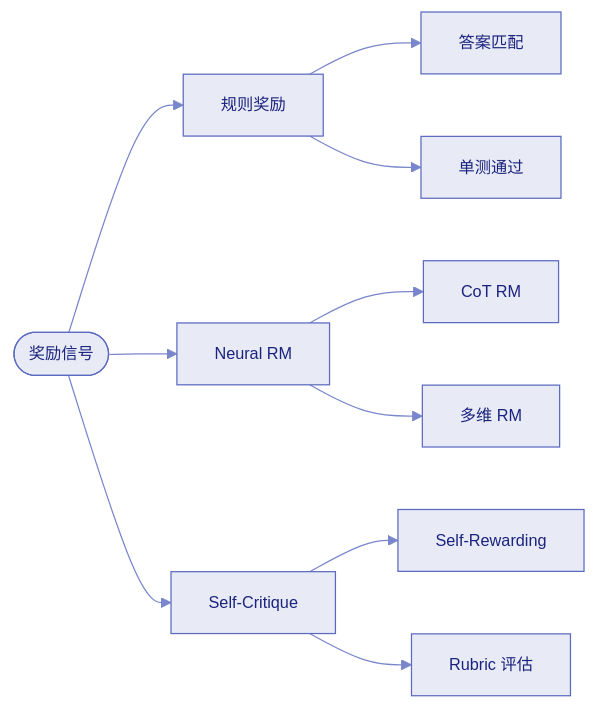
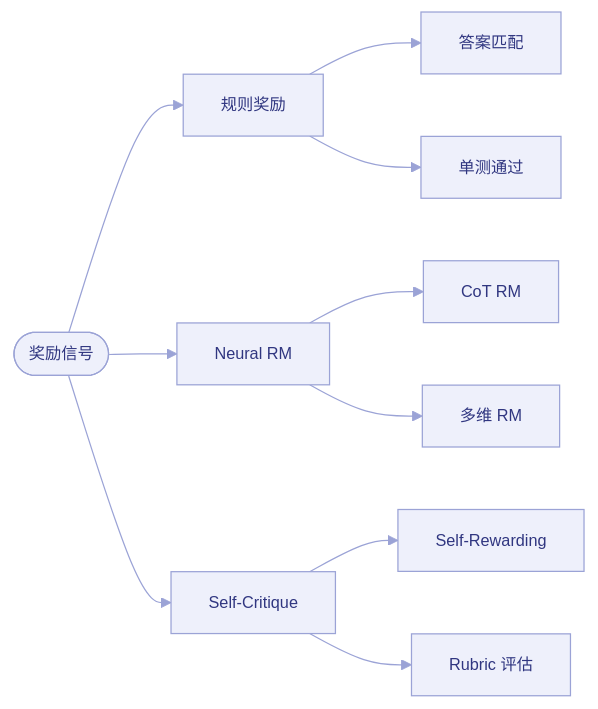
Before and after one commit to XavierZhang2002/agentic-rl-analysis: the sixth of 8 diagrams in docs/post-training/ch2/2.9-data-engineering.md, drawn with Mermaid. The commit also changed other lines of this file, not shown here.

First line of the commit message:
style: 优化 Mermaid 配色，去除灰色背景

````diff
--- a/docs/post-training/ch2/2.9-data-engineering.md
+++ b/docs/post-training/ch2/2.9-data-engineering.md
@@ -216,8 +216,8 @@
 ```mermaid
-%%{init: {'theme': 'base', 'themeVariables': {'primaryColor': '#e8eaf6', 'primaryTextColor': '#1a237e', 'primaryBorderColor': '#5c6bc0', 'lineColor': '#7986cb', 'secondaryColor': '#fff3e0', 'tertiaryColor': '#e0f2f1', 'fontFamily': 'Noto Sans SC, sans-serif', 'fontSize': '13px'}}}%%
+%%{init: {'theme': 'base', 'themeVariables': {'primaryColor': '#eef0fb', 'primaryTextColor': '#303680', 'primaryBorderColor': '#9ba3d6', 'lineColor': '#9ba3d6', 'secondaryColor': '#f8f8fc', 'tertiaryColor': '#ffffff', 'tertiaryBorderColor': '#d8dbe8', 'fontFamily': 'Noto Sans SC, sans-serif', 'fontSize': '13px'}}}%%
 flowchart LR
     R(["奖励信号"]) --> Rule["规则奖励"] & Neural["Neural RM"] & Self["Self-Critique"]
     Rule --> Math["答案匹配"] & Code["单测通过"]
     Neural --> CoTRM["CoT RM"] & MultiDim["多维 RM"]
     Self --> SelfReward["Self-Rewarding"] & Rubric["Rubric 评估"]
 ```
````
